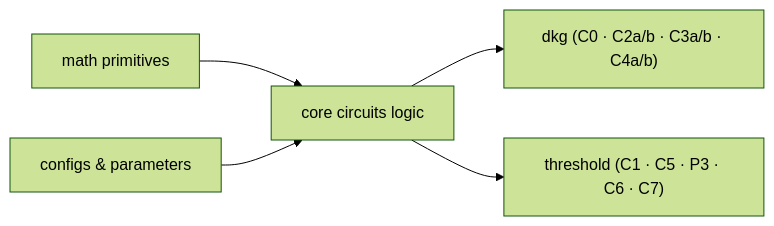
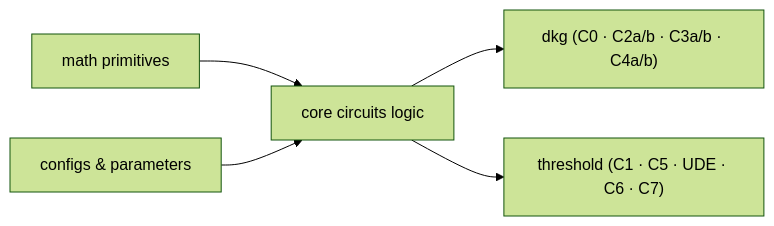
One commit to gnosisguild/enclave changed the diagram in circuits/lib/src/README.md. Above: the diagram before and after it, drawn with Mermaid (forest theme). The commit also changed other lines of this file and 8 other files, not shown here.

````diff
--- a/circuits/lib/src/README.md
+++ b/circuits/lib/src/README.md
@@ -14,7 +14,7 @@
 ```mermaid
 graph LR
     math["math primitives"] --> core["core circuits logic"]
     configs["configs & parameters"] --> core
     core --> dkg["dkg (C0 · C2a/b · C3a/b · C4a/b)"]
-    core --> threshold["threshold (C1 · C5 · P3 · C6 · C7)"]
+    core --> threshold["threshold (C1 · C5 · UDE · C6 · C7)"]
 ```
````
